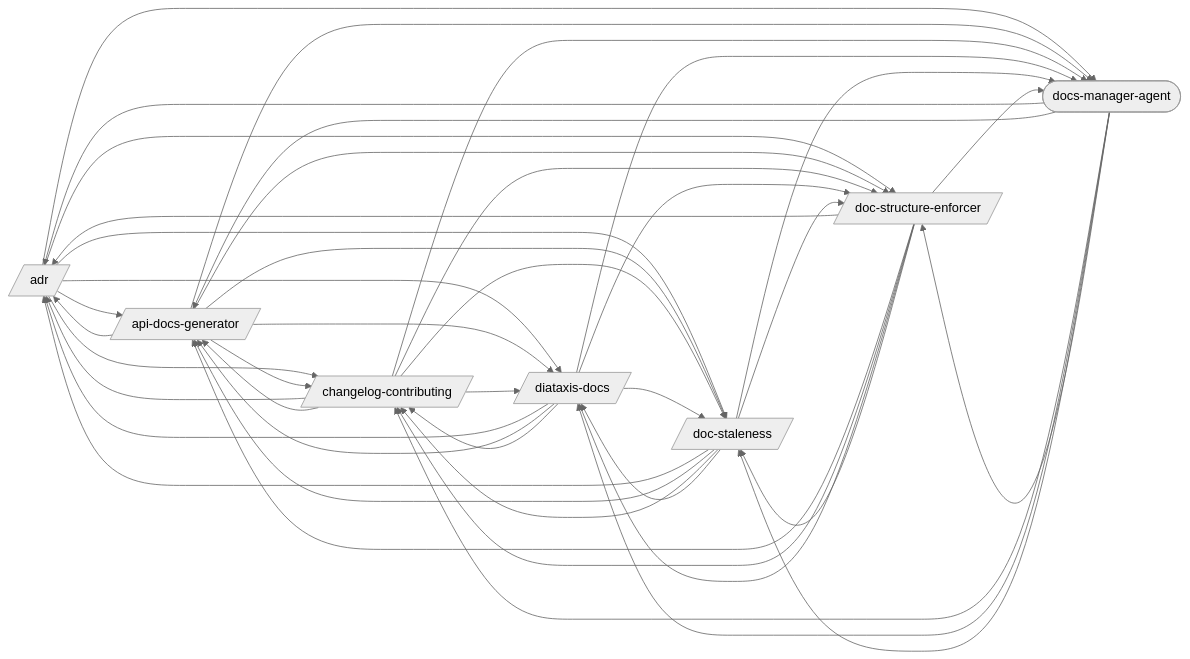
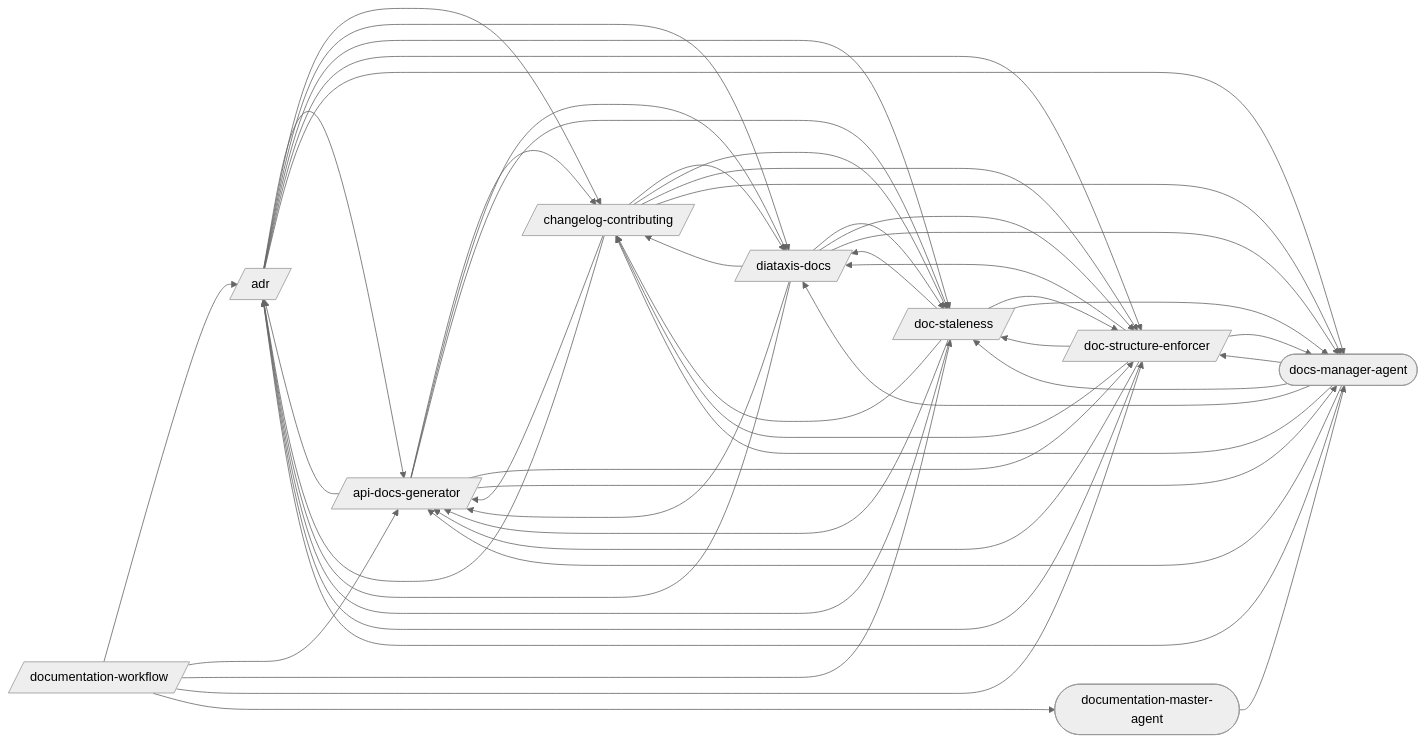
Before and after one commit to abhayla/claude-best-practices: the first of 2 diagrams in docs/workflows/documentation.md, drawn with Mermaid (neutral theme). The commit also changed other lines of this file and 11 other files, not shown here.

````diff
--- a/docs/workflows/documentation.md
+++ b/docs/workflows/documentation.md
@@ -9,52 +9,60 @@
 ```mermaid
 graph LR
     adr[/adr/]
     api_docs_generator[/api-docs-generator/]
     changelog_contributing[/changelog-contributing/]
     diataxis_docs[/diataxis-docs/]
     doc_staleness[/doc-staleness/]
     doc_structure_enforcer[/doc-structure-enforcer/]
+    documentation_workflow[/documentation-workflow/]
     docs_manager_agent([docs-manager-agent])
+    documentation_master_agent([documentation-master-agent])
     adr --> api_docs_generator
     adr --> changelog_contributing
     adr --> diataxis_docs
     adr --> doc_staleness
     adr --> doc_structure_enforcer
     adr --> docs_manager_agent
     api_docs_generator --> adr
     api_docs_generator --> changelog_contributing
     api_docs_generator --> diataxis_docs
     api_docs_generator --> doc_staleness
     api_docs_generator --> doc_structure_enforcer
     api_docs_generator --> docs_manager_agent
     changelog_contributing --> adr
     changelog_contributing --> api_docs_generator
     changelog_contributing --> diataxis_docs
     changelog_contributing --> doc_staleness
     changelog_contributing --> doc_structure_enforcer
     changelog_contributing --> docs_manager_agent
     diataxis_docs --> adr
     diataxis_docs --> api_docs_generator
     diataxis_docs --> changelog_contributing
     diataxis_docs --> doc_staleness
     diataxis_docs --> doc_structure_enforcer
     diataxis_docs --> docs_manager_agent
     doc_staleness --> adr
     doc_staleness --> api_docs_generator
     doc_staleness --> changelog_contributing
     doc_staleness --> diataxis_docs
     doc_staleness --> doc_structure_enforcer
     doc_staleness --> docs_manager_agent
     doc_structure_enforcer --> adr
     doc_structure_enforcer --> api_docs_generator
     doc_structure_enforcer --> changelog_contributing
     doc_structure_enforcer --> diataxis_docs
     doc_structure_enforcer --> doc_staleness
     doc_structure_enforcer --> docs_manager_agent
+    documentation_workflow --> adr
+    documentation_workflow --> api_docs_generator
+    documentation_workflow --> doc_staleness
+    documentation_workflow --> doc_structure_enforcer
+    documentation_workflow --> documentation_master_agent
     docs_manager_agent --> adr
     docs_manager_agent --> api_docs_generator
     docs_manager_agent --> changelog_contributing
     docs_manager_agent --> diataxis_docs
     docs_manager_agent --> doc_staleness
     docs_manager_agent --> doc_structure_enforcer
+    documentation_master_agent --> docs_manager_agent
 ```
````
